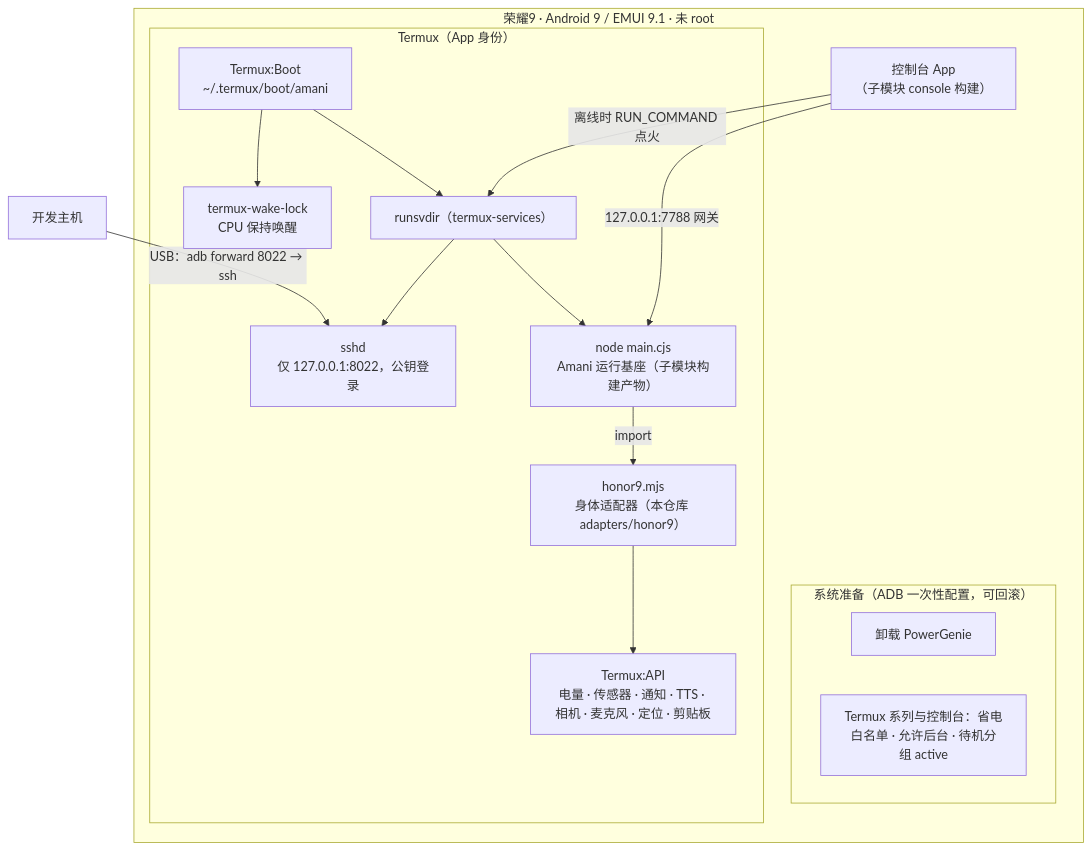
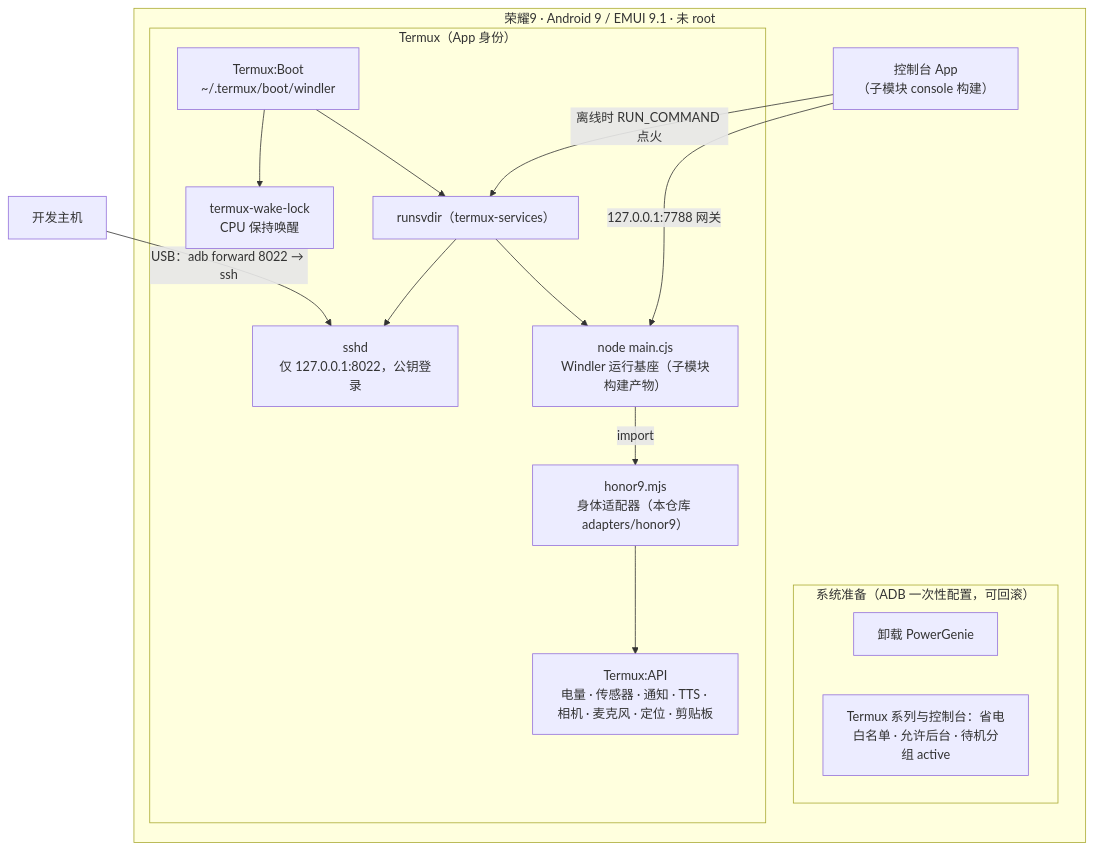
One commit to PlutoKeating/Project.Honor9 changed the first of 2 diagrams in docs/ARCHITECTURE.md. Above: the diagram before and after it, drawn with Mermaid. The commit also changed other lines of this file and 24 other files, not shown here.

````diff
--- a/docs/ARCHITECTURE.md
+++ b/docs/ARCHITECTURE.md
@@ -7,25 +7,25 @@
 ```mermaid
 flowchart TB
   subgraph Phone["荣耀9 · Android 9 / EMUI 9.1 · 未 root"]
     subgraph Prep["系统准备（ADB 一次性配置，可回滚）"]
       P1["卸载 PowerGenie"]
       P2["Termux 系列与控制台：省电白名单 · 允许后台 · 待机分组 active"]
     end
     subgraph Termux["Termux（App 身份）"]
-      BOOT["Termux:Boot<br/>~/.termux/boot/amani"]
+      BOOT["Termux:Boot<br/>~/.termux/boot/windler"]
       WL["termux-wake-lock<br/>CPU 保持唤醒"]
       RUNIT["runsvdir（termux-services）"]
       SSHD["sshd<br/>仅 127.0.0.1:8022，公钥登录"]
-      AMANI["node main.cjs<br/>Amani 运行基座（子模块构建产物）"]
+      WINDLER["node main.cjs<br/>Windler 运行基座（子模块构建产物）"]
       ADP["honor9.mjs<br/>身体适配器（本仓库 adapters/honor9）"]
       API["Termux:API<br/>电量 · 传感器 · 通知 · TTS · 相机 · 麦克风 · 定位 · 剪贴板"]
     end
     CON["控制台 App<br/>（子模块 console 构建）"]
   end
   HOST["开发主机"] -- "USB：adb forward 8022 → ssh" --> SSHD
   BOOT --> WL & RUNIT
-  RUNIT --> SSHD & AMANI
-  AMANI -- import --> ADP --> API
-  CON -- "127.0.0.1:7788 网关" --> AMANI
+  RUNIT --> SSHD & WINDLER
+  WINDLER -- import --> ADP --> API
+  CON -- "127.0.0.1:7788 网关" --> WINDLER
   CON -- "离线时 RUN_COMMAND 点火" --> RUNIT
 ```
````
